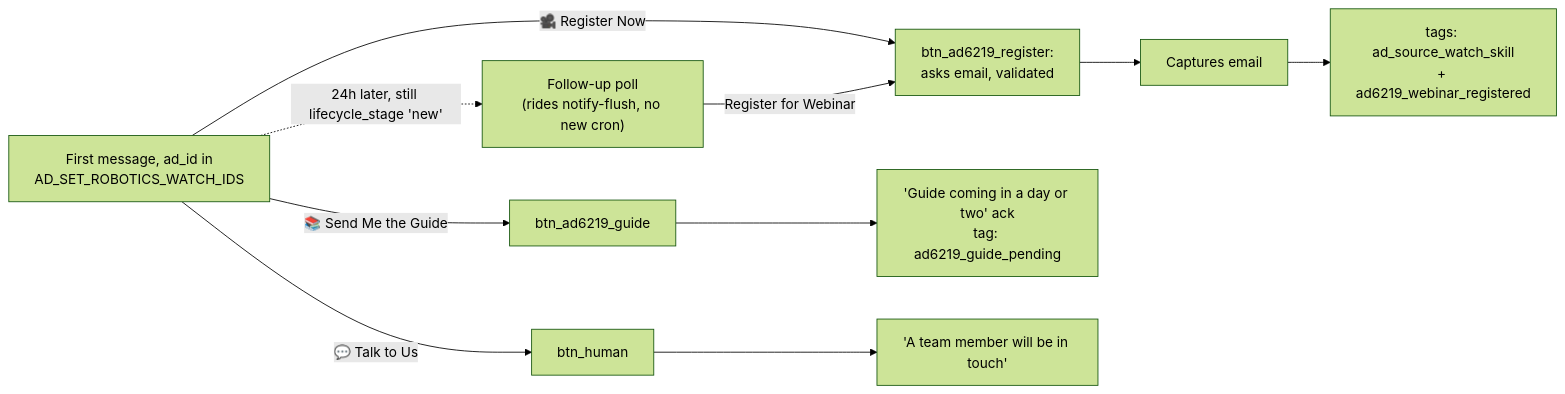
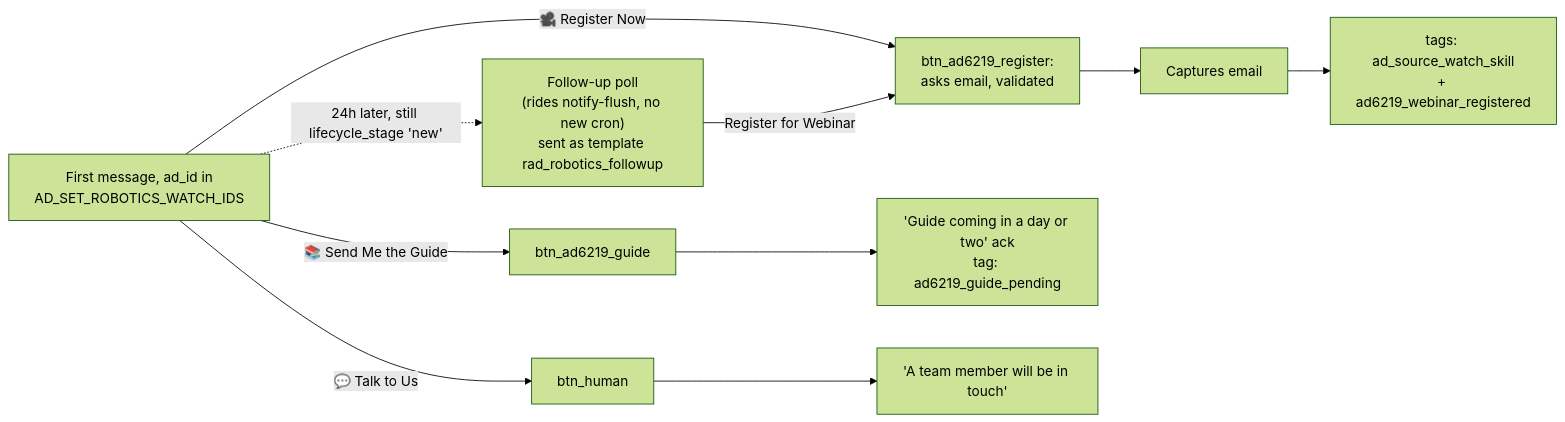
Before and after one commit to TeacherAlfred/rad-pioneer-lms: the second of 8 diagrams in docs/artifacts/lead-funnel-automation-map.md, drawn with Mermaid (forest theme). The commit also changed other lines of this file and 1 other file, not shown here.

First line of the commit message:
Fix ad follow-up: send as approved template, not freeform message

````diff
--- a/docs/artifacts/lead-funnel-automation-map.md
+++ b/docs/artifacts/lead-funnel-automation-map.md
@@ -82,15 +82,15 @@
 ```mermaid
 flowchart LR
     A["First message, ad_id in<br/>AD_SET_ROBOTICS_WATCH_IDS"] -->|🎥 Register Now| B[btn_ad6219_register:<br/>asks email, validated]
     B --> C[Captures email]
     C --> D["tags: ad_source_watch_skill<br/>+ ad6219_webinar_registered"]
 
     A -->|📚 Send Me the Guide| E[btn_ad6219_guide]
     E --> F["'Guide coming in a day or two' ack<br/>tag: ad6219_guide_pending"]
 
     A -->|💬 Talk to Us| G[btn_human]
     G --> H["'A team member will be in touch'"]
 
-    A -.->|24h later, still lifecycle_stage 'new'| I["Follow-up poll<br/>(rides notify-flush, no new cron)"]
+    A -.->|24h later, still lifecycle_stage 'new'| I["Follow-up poll<br/>(rides notify-flush, no new cron)<br/>sent as template rad_robotics_followup"]
     I -->|Register for Webinar| B
 ```
````
